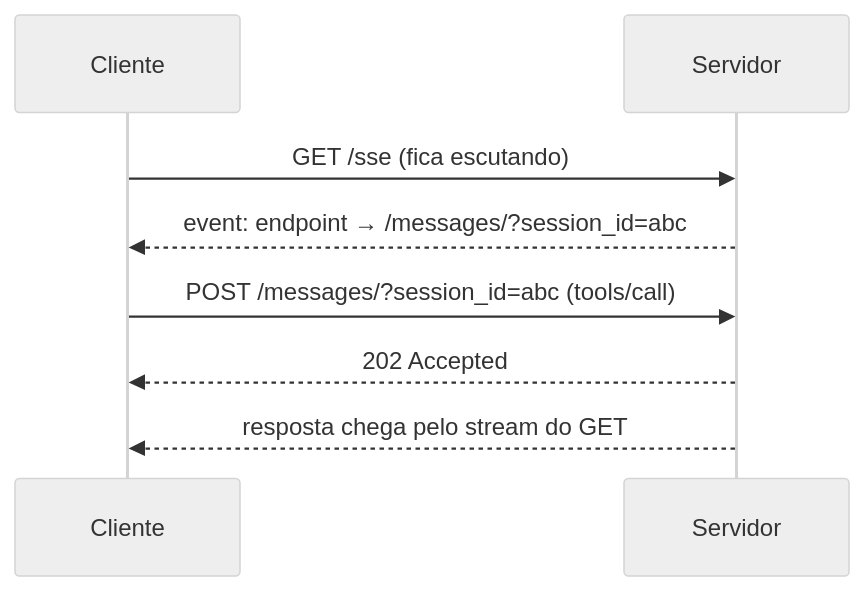
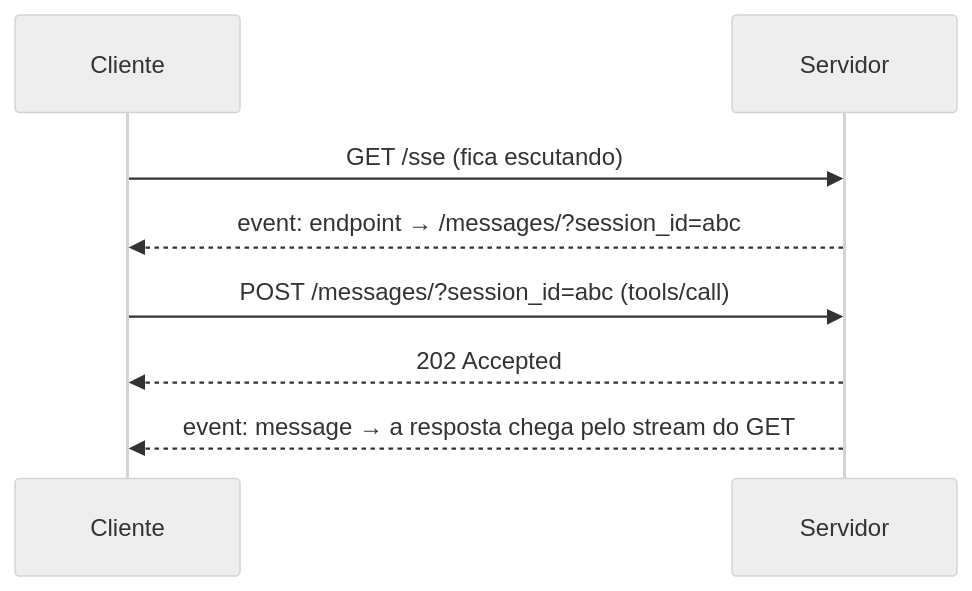
Before and after one commit to FloraRosaPupo/mcp-estudos: the fifth of 5 diagrams in notas/02-transportes.md, drawn with Mermaid (neutral theme). The commit also changed other lines of this file and 11 other files, not shown here.

````diff
--- a/notas/02-transportes.md
+++ b/notas/02-transportes.md
@@ -69,10 +143,10 @@
 ```mermaid
 sequenceDiagram
     participant C as Cliente
     participant S as Servidor
     C->>S: GET /sse (fica escutando)
     S-->>C: event: endpoint → /messages/?session_id=abc
     C->>S: POST /messages/?session_id=abc (tools/call)
     S-->>C: 202 Accepted
-    S-->>C: resposta chega pelo stream do GET
+    S-->>C: event: message → a resposta chega pelo stream do GET
 ```
````
